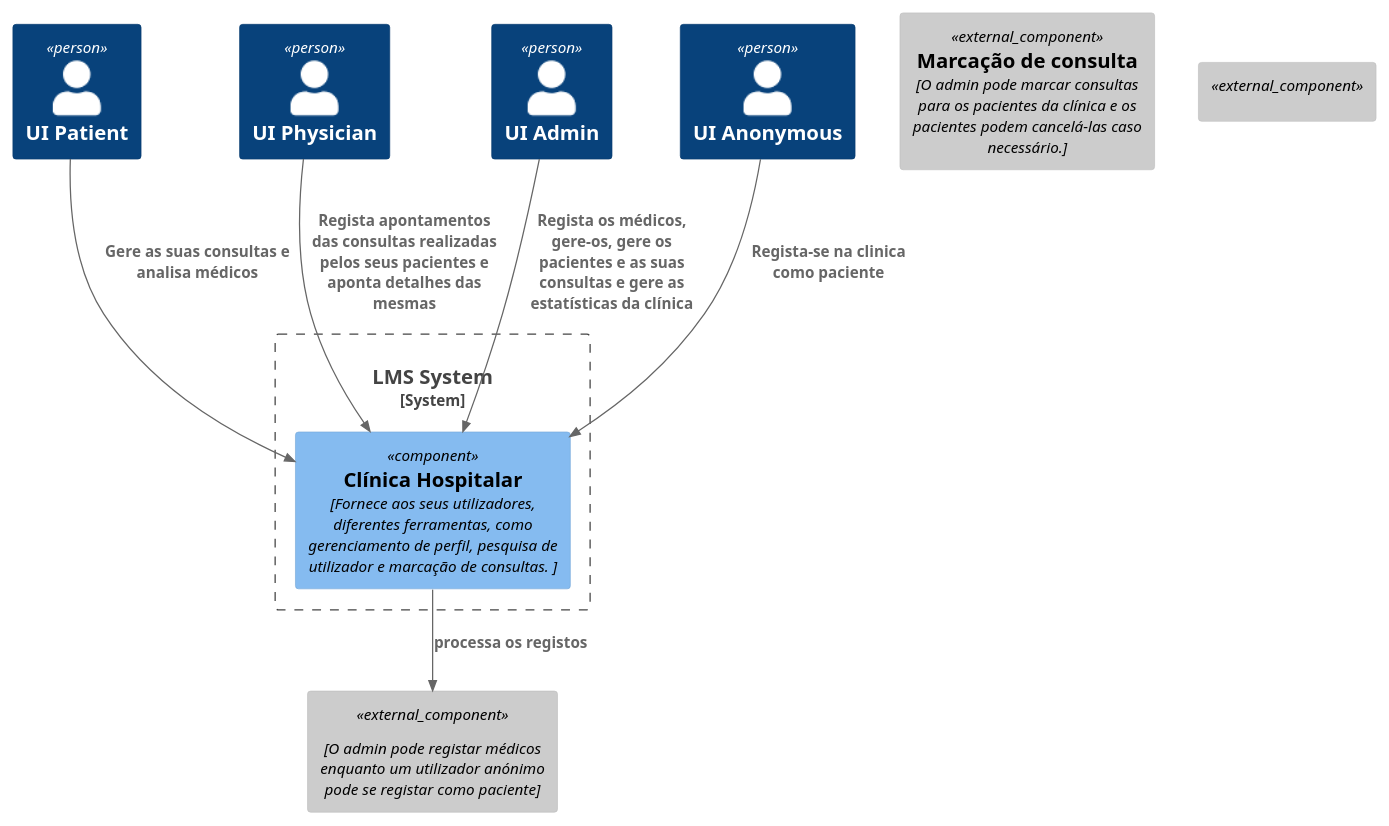
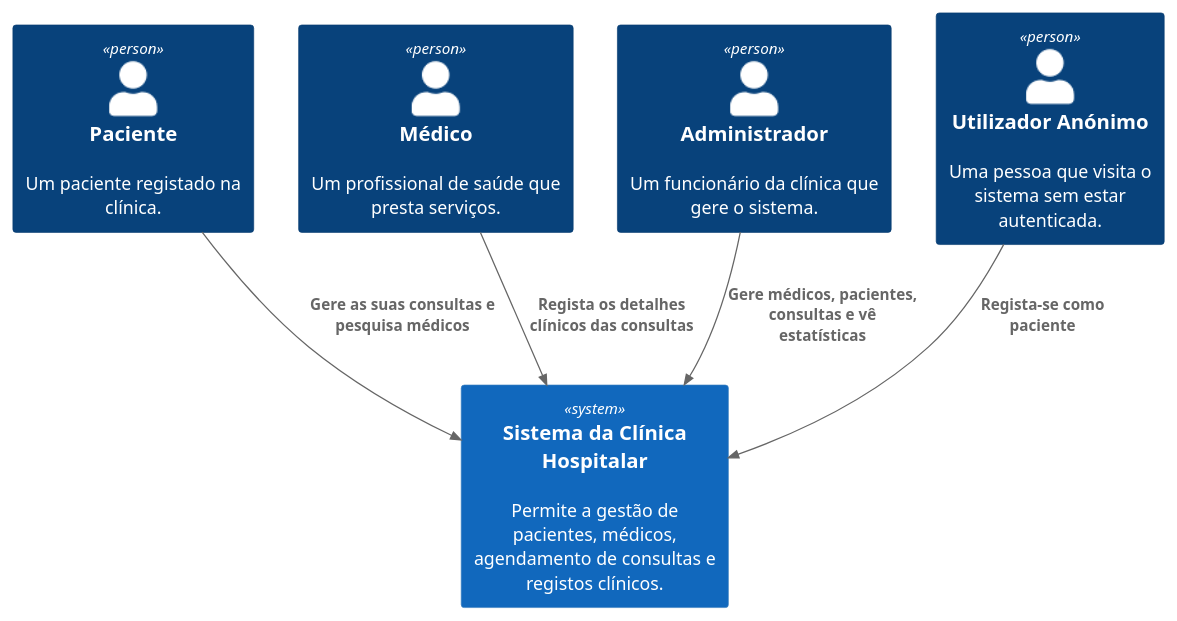
One commit to Parafita123/LETI_SIDIS_3DA_2 changed the diagram in docs/Nivel1/N1.puml. Above: the diagram before and after it, drawn with PlantUML. The commit also changed 2 other files, not shown here.

```diff
--- a/docs/Nivel1/N1.puml
+++ b/docs/Nivel1/N1.puml
@@ -1,27 +1,23 @@
-@startuml
-!include https://raw.githubusercontent.com/plantuml-stdlib/C4-PlantUML/master/C4_Component.puml
+@startuml C4_Level1_Context_ClinicSystem
 
-' --- External Users (Actors) ---
-Person(uiPatient, "UI Patient")
-Person(uiPhysician, "UI Physician")
-Person(uiAdmin, "UI Admin")
-Person(uiAnonymous, "UI Anonymous")
+!include https://raw.githubusercontent.com/plantuml-stdlib/C4-PlantUML/master/C4_Context.puml
 
-' --- Main System ---
-System_Boundary(lmsSystem, "LMS System") {
-    Component(systemLMS, "Clínica Hospitalar", "Fornece aos seus utilizadores, diferentes ferramentas, como gerenciamento de perfil, pesquisa de utilizador e marcação de consultas. ")
-}
+' Define Atores (Pessoas)
+Person(patient, "Paciente", "Um paciente registado na clínica.")
+Person(physician_actor, "Médico", "Um profissional de saúde que presta serviços.")
+Person(admin, "Administrador", "Um funcionário da clínica que gere o sistema.")
+Person(anonymous_user, "Utilizador Anónimo", "Uma pessoa que visita o sistema sem estar autenticada.")
 
-' --- External Component / API ---
-Component_Ext(registo, "", "O admin pode registar médicos enquanto um utilizador anónimo pode se registar como paciente")
-Component_Ext(marcaçãp, "Marcação de consulta", "O admin pode marcar consultas para os pacientes da clínica e os pacientes podem cancelá-las caso necessário.")
-Component_Ext(filesystemAPI, "", "")
-' --- Relationships ---
-Rel(uiPatient, systemLMS, "Gere as suas consultas e analisa médicos")
-Rel(uiPhysician, systemLMS, "Regista apontamentos das consultas realizadas pelos seus pacientes e aponta detalhes das mesmas ")
-Rel(uiAdmin, systemLMS, "Regista os médicos, gere-os, gere os pacientes e as suas consultas e gere as estatísticas da clínica")
-Rel(uiAnonymous, systemLMS, "Regista-se na clinica como paciente")
+' Define o Sistema Central
+System(clinic_system, "Sistema da Clínica Hospitalar", "Permite a gestão de pacientes, médicos, agendamento de consultas e registos clínicos.")
 
-Rel(systemLMS, registo, "processa os registos", "")
+' Define Sistemas Externos (se houver)
 
+' Define as Relações
+Rel(anonymous_user, clinic_system, "Regista-se como paciente")
+Rel(patient, clinic_system, "Gere as suas consultas e pesquisa médicos")
+Rel(physician_actor, clinic_system, "Regista os detalhes clínicos das consultas")
+Rel(admin, clinic_system, "Gere médicos, pacientes, consultas e vê estatísticas")
+
+' Relação com o Sistema Externo
 @enduml
```
